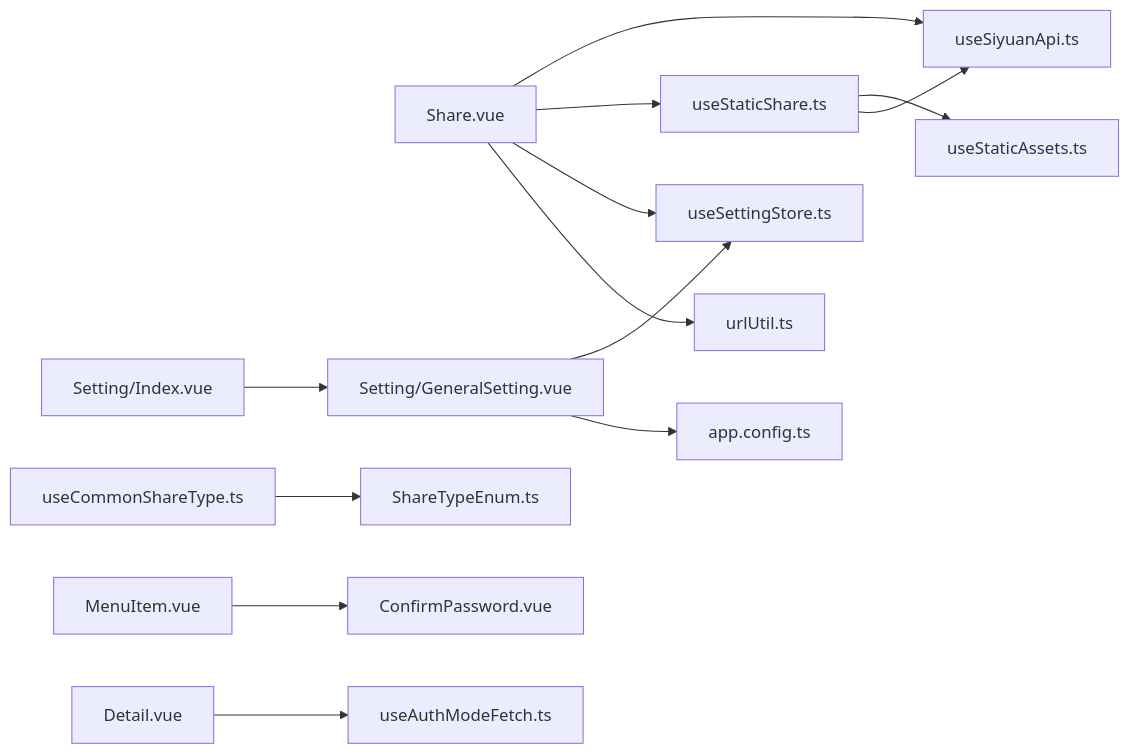
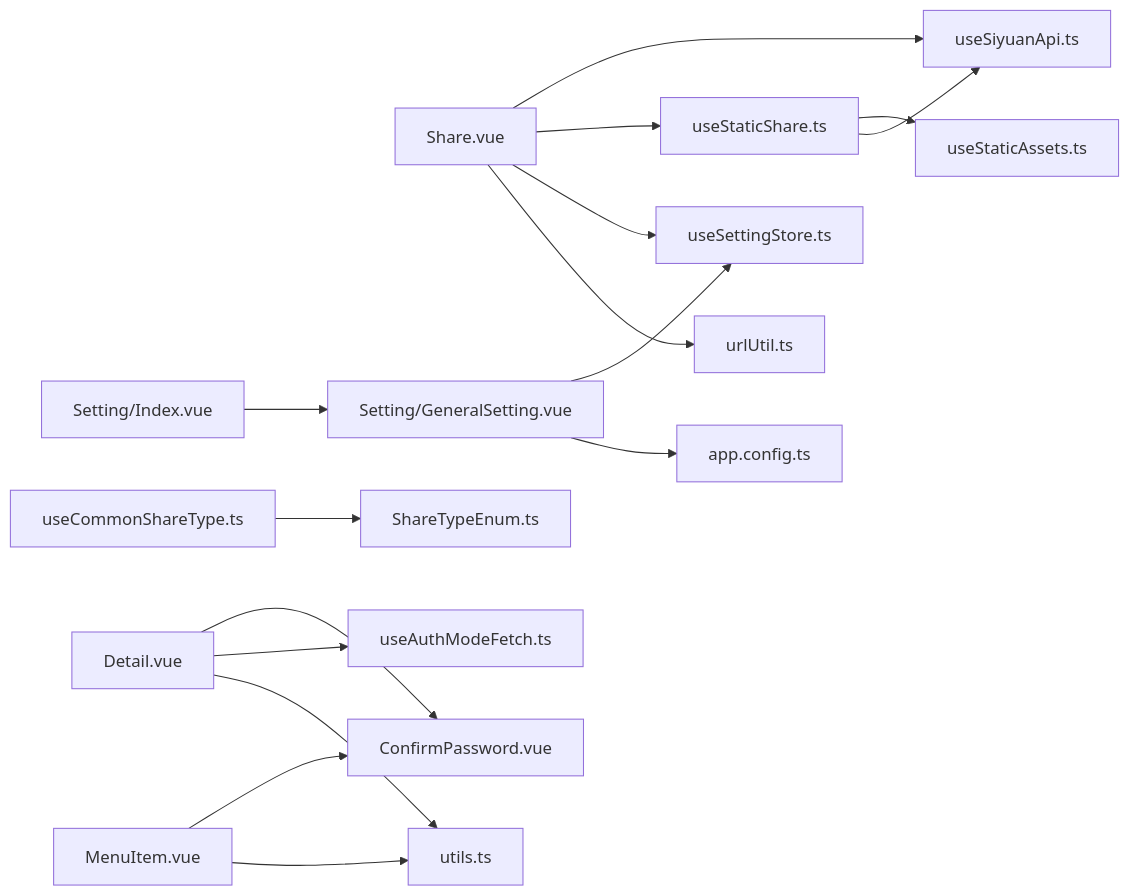
One commit to terwer/siyuan-plugin-blog changed the eighth of 8 diagrams in .qoder/repowiki/zh/content/核心功能/内容分享系统/内容分享系统.md. Above: the diagram before and after it, drawn with Mermaid. The commit also changed other lines of this file and 31 other files, not shown here.

````diff
--- a/.qoder/repowiki/zh/content/核心功能/内容分享系统/内容分享系统.md
+++ b/.qoder/repowiki/zh/content/核心功能/内容分享系统/内容分享系统.md
@@ -376,15 +385,18 @@
 ```mermaid
 graph LR
 ShareVue["Share.vue"] --> UseSiyuanApi["useSiyuanApi.ts"]
 ShareVue --> UseStaticShare["useStaticShare.ts"]
 ShareVue --> SettingStore["useSettingStore.ts"]
 ShareVue --> UrlUtil["urlUtil.ts"]
 UseStaticShare --> UseStaticAssets["useStaticAssets.ts"]
 UseStaticShare --> UseSiyuanApi
 SettingsIndex["Setting/Index.vue"] --> GeneralSetting["Setting/GeneralSetting.vue"]
 GeneralSetting --> SettingStore
 GeneralSetting --> AppCfg["app.config.ts"]
 UseCommonShareType["useCommonShareType.ts"] --> ShareTypeEnum["ShareTypeEnum.ts"]
-MenuItem["MenuItem.vue"] --> ConfirmPassword["ConfirmPassword.vue"]
-Detail["Detail.vue"] --> UseAuthModeFetch["useAuthModeFetch.ts"]
+Detail["Detail.vue"] --> ConfirmPassword["ConfirmPassword.vue"]
+Detail --> UseAuthModeFetch["useAuthModeFetch.ts"]
+Detail --> CheckExpires["utils.ts"]
+MenuItem["MenuItem.vue"] --> ConfirmPassword
+MenuItem --> CheckExpires
 ```
````
